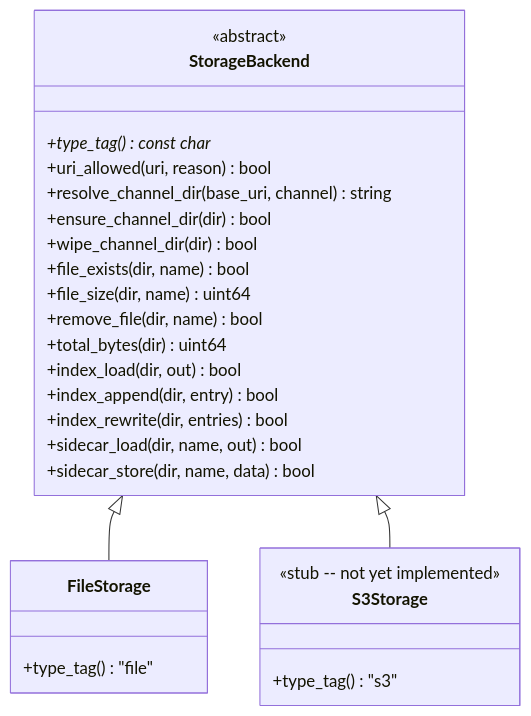
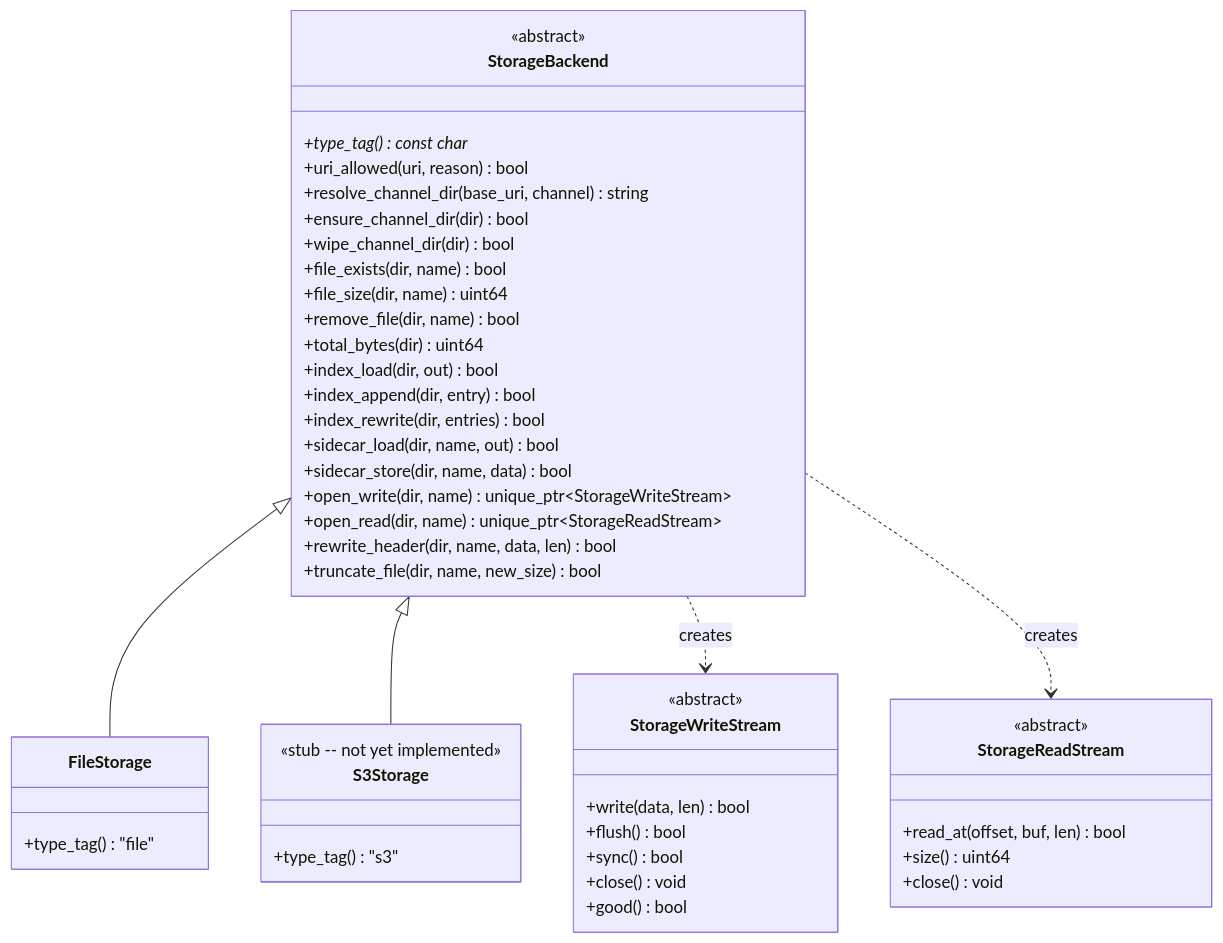
Before and after one commit to kamil-holubicki/percona-server: the fifth of 9 diagrams in components/binlog_server/doc/md/architecture.md, drawn with Mermaid. The commit also changed other lines of this file and 25 other files, not shown here.

````diff
--- a/components/binlog_server/doc/md/architecture.md
+++ b/components/binlog_server/doc/md/architecture.md
@@ -340,30 +353,50 @@
 ```mermaid
 classDiagram
+    class StorageWriteStream {
+        <<abstract>>
+        +write(data, len) bool
+        +flush() bool
+        +sync() bool
+        +close() void
+        +good() bool
+    }
+    class StorageReadStream {
+        <<abstract>>
+        +read_at(offset, buf, len) bool
+        +size() uint64
+        +close() void
+    }
     class StorageBackend {
         <<abstract>>
         +type_tag() const char*
         +uri_allowed(uri, reason) bool
         +resolve_channel_dir(base_uri, channel) string
         +ensure_channel_dir(dir) bool
         +wipe_channel_dir(dir) bool
         +file_exists(dir, name) bool
         +file_size(dir, name) uint64
         +remove_file(dir, name) bool
         +total_bytes(dir) uint64
         +index_load(dir, out) bool
         +index_append(dir, entry) bool
         +index_rewrite(dir, entries) bool
         +sidecar_load(dir, name, out) bool
         +sidecar_store(dir, name, data) bool
+        +open_write(dir, name) unique_ptr~StorageWriteStream~
+        +open_read(dir, name) unique_ptr~StorageReadStream~
+        +rewrite_header(dir, name, data, len) bool
+        +truncate_file(dir, name, new_size) bool
     }
     class FileStorage {
         +type_tag() "file"
     }
     class S3Storage {
         <<stub -- not yet implemented>>
         +type_tag() "s3"
     }
 
     StorageBackend <|-- FileStorage
     StorageBackend <|-- S3Storage
+    StorageBackend ..> StorageWriteStream : creates
+    StorageBackend ..> StorageReadStream : creates
 ```
````
